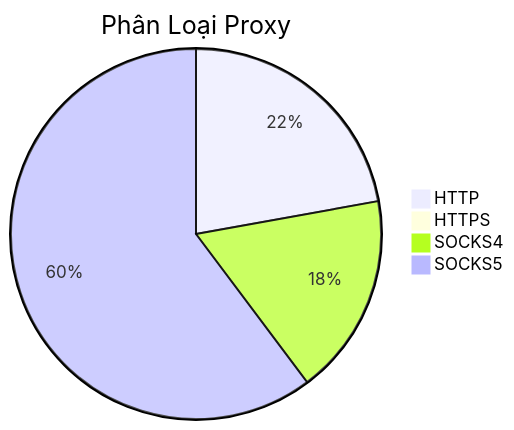
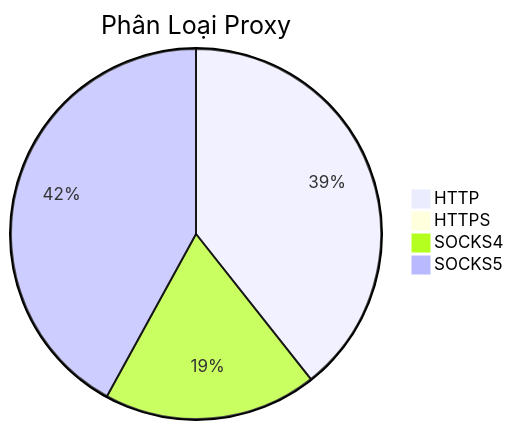
One commit to Ciara-12/PROXY-free changed the diagram in README.md. Above: the diagram before and after it, drawn with Mermaid. The commit also changed other lines of this file and 4 other files, not shown here.

````diff
--- a/README.md
+++ b/README.md
@@ -26,7 +26,7 @@
 ```mermaid
 pie title Phân Loại Proxy
-    "HTTP" : 370
-    "HTTPS" : 2
-    "SOCKS4" : 294
-    "SOCKS5" : 1006
+    "HTTP" : 591
+    "HTTPS" : 3
+    "SOCKS4" : 280
+    "SOCKS5" : 631
 ```
````
